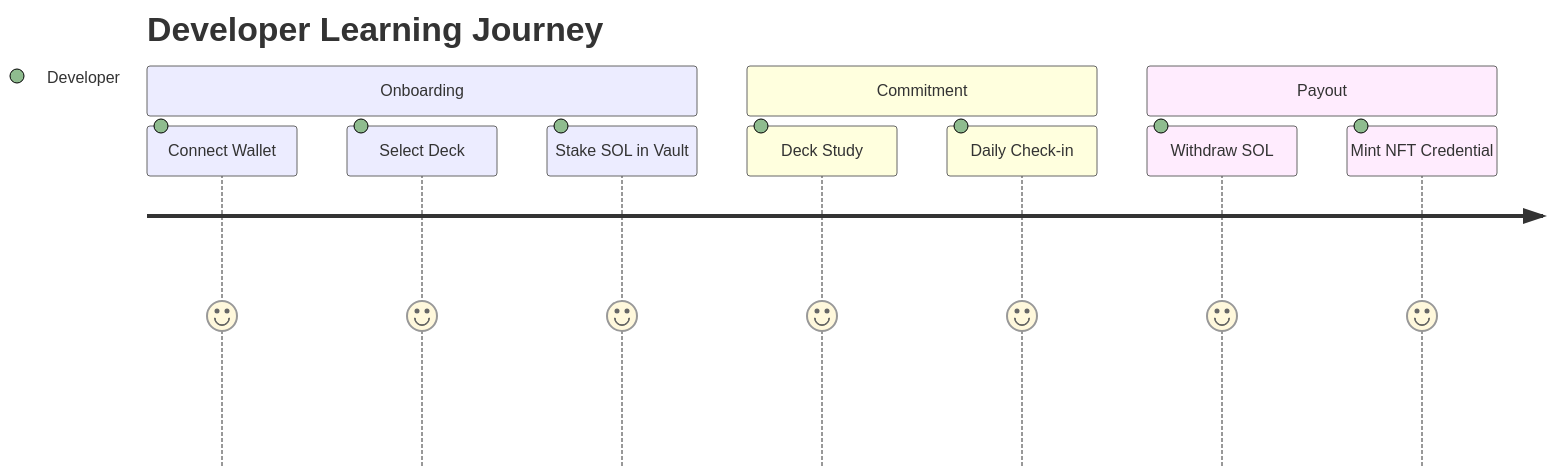
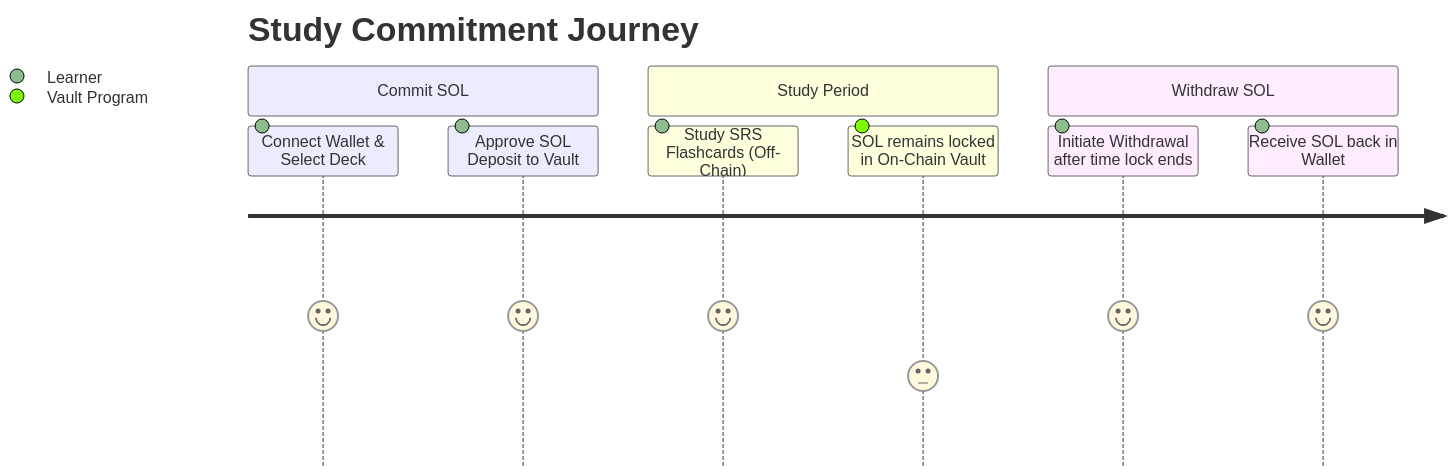
Before and after one commit to indralukmana/turbin3_Q3_indralukmana_capstone: the diagram in docs/v0/05-user-journey.md, drawn with Mermaid. The commit also changed 5 other files, not shown here.

Commit message:
feat: :sparkles: update architecture diagram

````diff
--- a/docs/v0/05-user-journey.md
+++ b/docs/v0/05-user-journey.md
@@ -3,18 +3,17 @@
 ```mermaid
 journey
-    title Developer Learning Journey
+    title Study Commitment Journey
+    
+    section Commit SOL
+      Connect Wallet & Select Deck: 5: Learner
+      Approve SOL Deposit to Vault: 5: Learner
 
-    section Onboarding
-        Connect Wallet: 5: Developer
-        Select Deck: 5: Developer
-        Stake SOL in Vault: 5: Developer
+    section Study Period
+      Study SRS Flashcards (Off-Chain): 5: Learner
+      SOL remains locked in On-Chain Vault: 3: Vault Program
 
-    section Commitment
-        Deck Study: 5: Developer
-        Daily Check-in: 5: Developer
-
-    section Payout
-        Withdraw SOL: 5: Developer
-        Mint NFT Credential: 5: Developer
+    section Withdraw SOL
+      Initiate Withdrawal after time lock ends: 5: Learner
+      Receive SOL back in Wallet: 5: Learner
 
 ```
````
